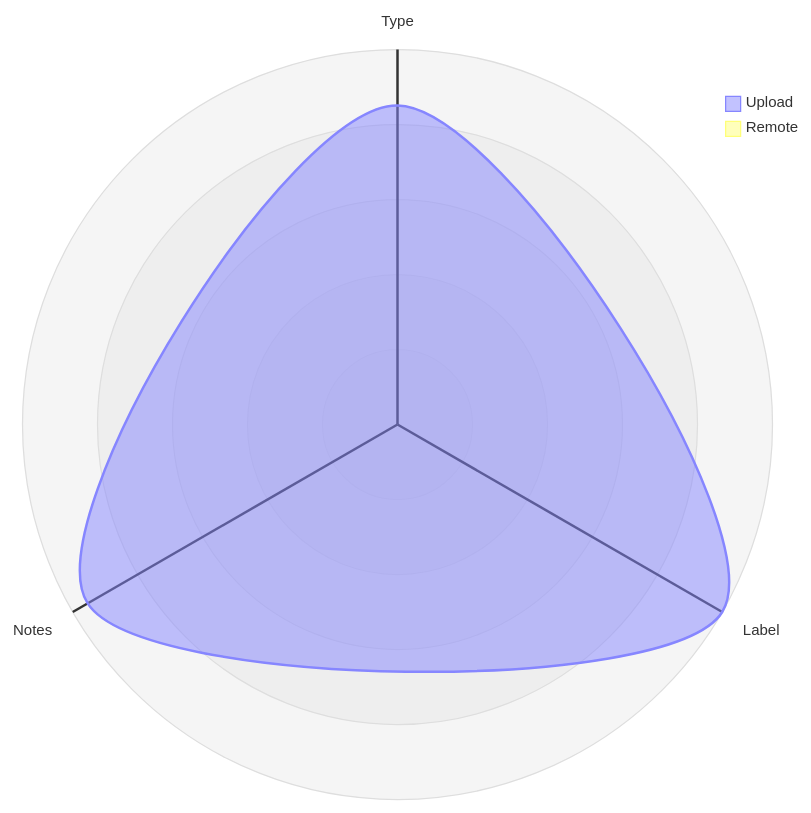
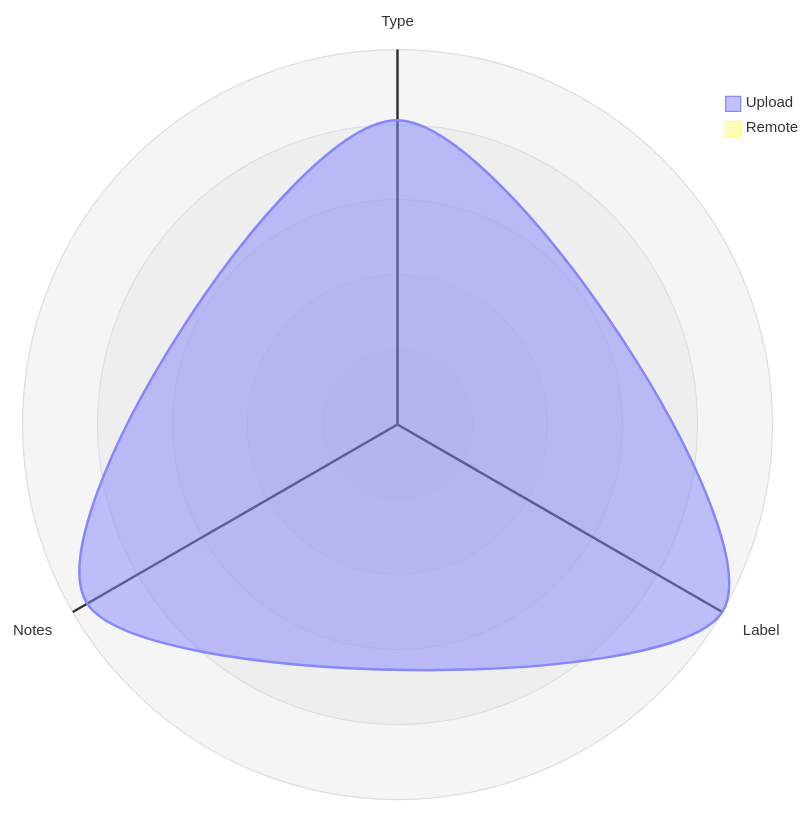
Before and after one commit to open-data/analytics-corporate-reporting: the third of 5 diagrams in datastore_tracker/README.md, drawn with Mermaid. The commit also changed 4 other files, not shown here.

````diff
--- a/datastore_tracker/README.md
+++ b/datastore_tracker/README.md
@@ -106,12 +106,12 @@
 ```mermaid
 radar-beta
   axis T["Type"], L["Label"], N["Notes"]
-  curve u["Upload"]{0.00074, 0.00087, 0.00083}
+  curve u["Upload"]{0.00073, 0.0009, 0.00086}
   curve r["Remote"]{0, 0, 0}
 
   showLegend true
 
   min 0
   graticule circle
   ticks 5
 ```
````
